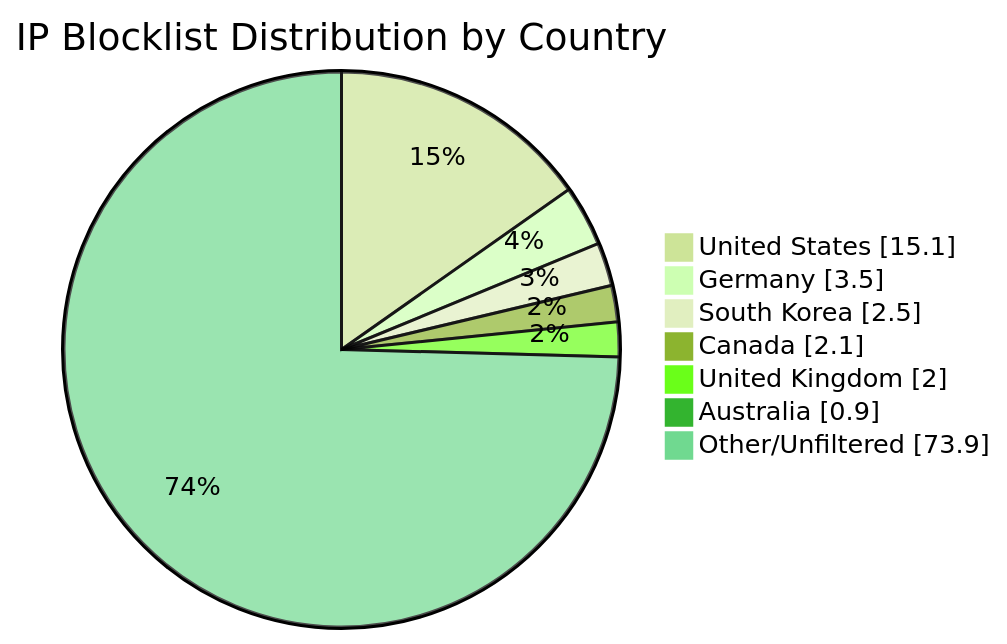
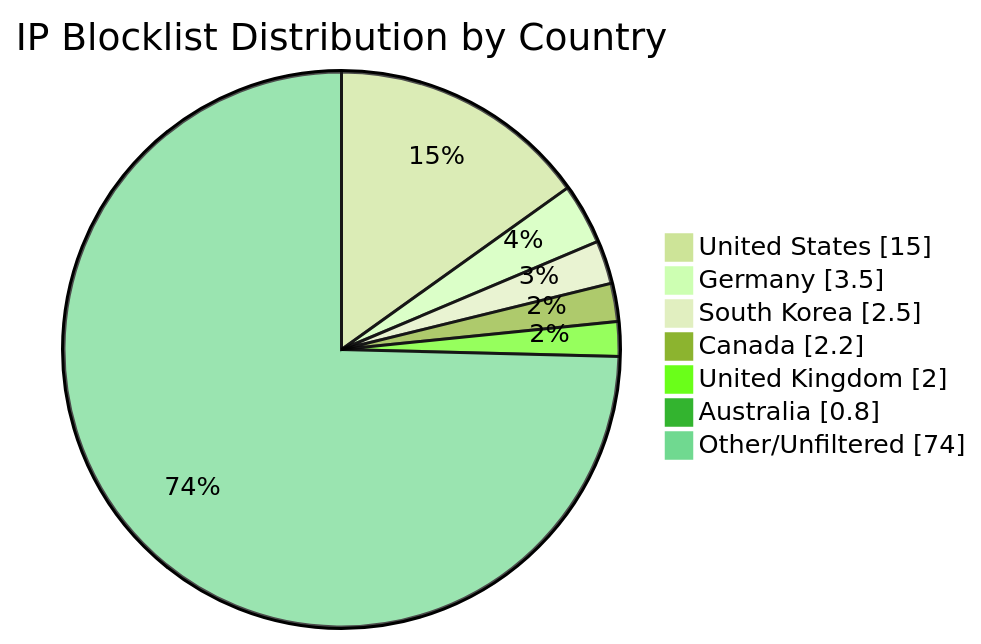
Before and after one commit to MarcusHoltz/ipblocklist-geofiltered-aggregator: the diagram in README.md, drawn with Mermaid (forest theme). The commit also changed other lines of this file and 9 other files, not shown here.

````diff
--- a/README.md
+++ b/README.md
@@ -34,10 +34,10 @@
 ```mermaid
 pie showData title IP Blocklist Distribution by Country
-"United States" : 15.1
+"United States" : 15.0
 "Germany" : 3.5
 "South Korea" : 2.5
-"Canada" : 2.1
+"Canada" : 2.2
 "United Kingdom" : 2.0
-"Australia" : 0.9
-"Other/Unfiltered" : 73.9
+"Australia" : 0.8
+"Other/Unfiltered" : 74.0
 ```
````
